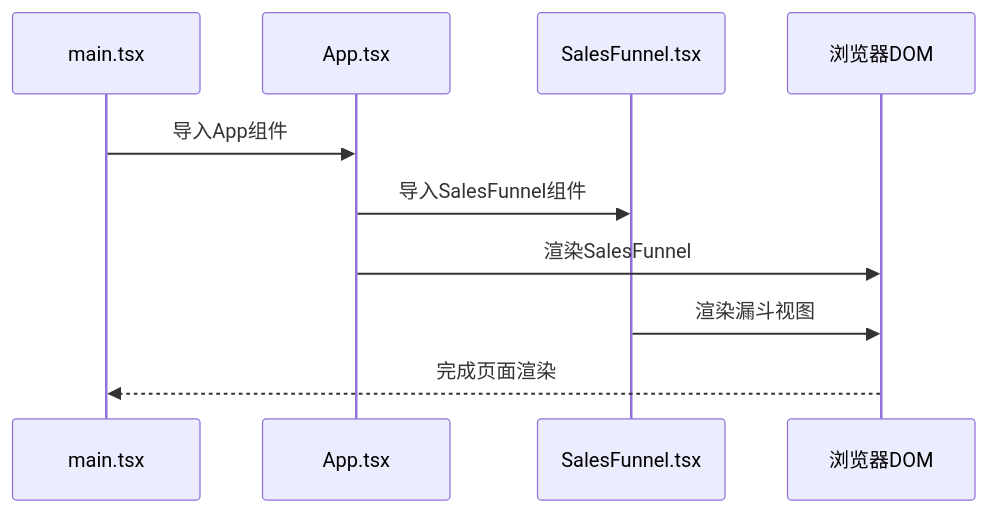
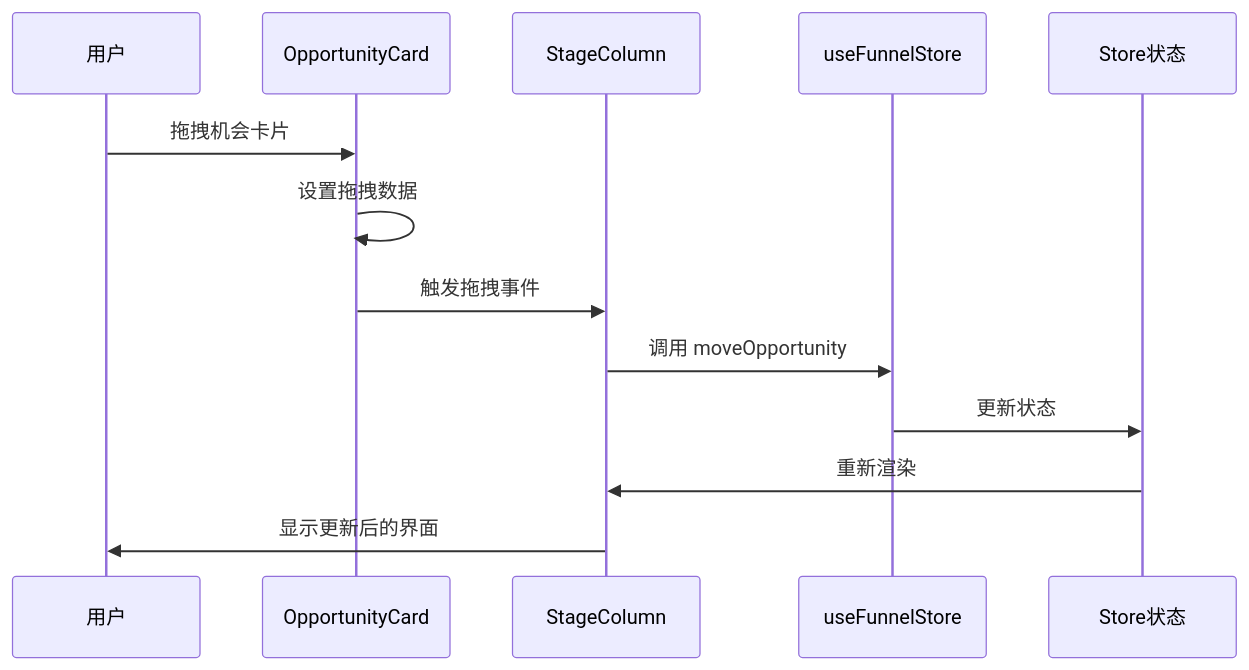
The fourth of 5 diagrams in .qoder/repowiki/zh/content/API参考/SalesFunnel 销售漏斗组件.md (xianjianshenqu/SalesFlow-CRM), drawn with Mermaid before and after one commit. The commit also changed other lines of this file and 25 other files, not shown here.

````diff
--- a/.qoder/repowiki/zh/content/API参考/SalesFunnel 销售漏斗组件.md
+++ b/.qoder/repowiki/zh/content/API参考/SalesFunnel 销售漏斗组件.md
@@ -367,12 +139,15 @@
 ```mermaid
 sequenceDiagram
-participant Main as main.tsx
-participant App as App.tsx
-participant SalesFunnel as SalesFunnel.tsx
-participant DOM as 浏览器DOM
-Main->>App : 导入App组件
-App->>SalesFunnel : 导入SalesFunnel组件
-App->>DOM : 渲染SalesFunnel
-SalesFunnel->>DOM : 渲染漏斗视图
-DOM-->>Main : 完成页面渲染
+participant User as 用户
+participant Card as OpportunityCard
+participant Column as StageColumn
+participant Store as useFunnelStore
+participant State as Store状态
+User->>Card : 拖拽机会卡片
+Card->>Card : 设置拖拽数据
+Card->>Column : 触发拖拽事件
+Column->>Store : 调用 moveOpportunity
+Store->>State : 更新状态
+State->>Column : 重新渲染
+Column->>User : 显示更新后的界面
 ```
````
